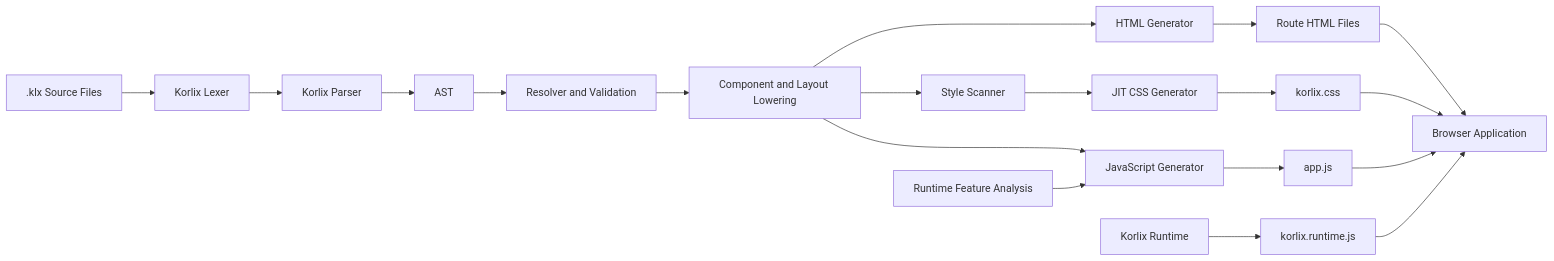
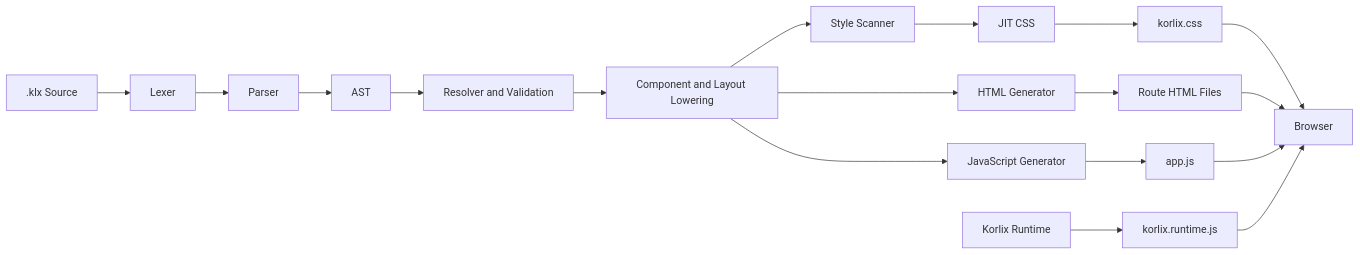
Before and after one commit to SachinRamasamy-cloud/korlix: the diagram in README.md, drawn with Mermaid. The commit also changed other lines of this file, not shown here.

First line of the commit message:
Update the new description to Korlix project

````diff
--- a/README.md
+++ b/README.md
@@ -741,21 +930,20 @@
 ```mermaid
 flowchart LR
-    A[.klx Source Files] --> B[Korlix Lexer]
-    B --> C[Korlix Parser]
+    A[.klx Source] --> B[Lexer]
+    B --> C[Parser]
     C --> D[AST]
     D --> E[Resolver and Validation]
     E --> F[Component and Layout Lowering]
     F --> G[Style Scanner]
-    G --> H[JIT CSS Generator]
+    G --> H[JIT CSS]
     F --> I[HTML Generator]
     F --> J[JavaScript Generator]
-    K[Runtime Feature Analysis] --> J
-    H --> L[korlix.css]
-    I --> M[Route HTML Files]
-    J --> N[app.js]
-    O[Korlix Runtime] --> P[korlix.runtime.js]
-    M --> Q[Browser Application]
-    L --> Q
-    N --> Q
-    P --> Q
+    H --> K[korlix.css]
+    I --> L[Route HTML Files]
+    J --> M[app.js]
+    N[Korlix Runtime] --> O[korlix.runtime.js]
+    K --> P[Browser]
+    L --> P
+    M --> P
+    O --> P
 ```
````
